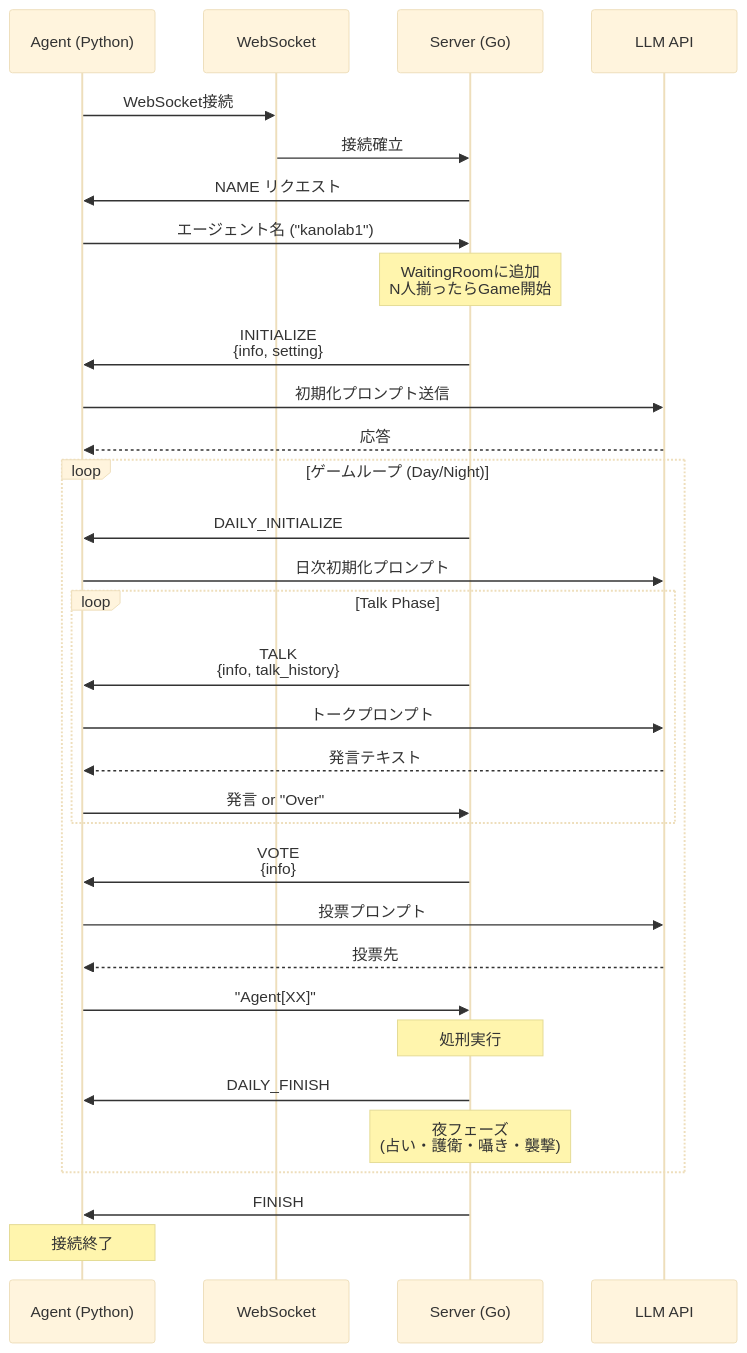
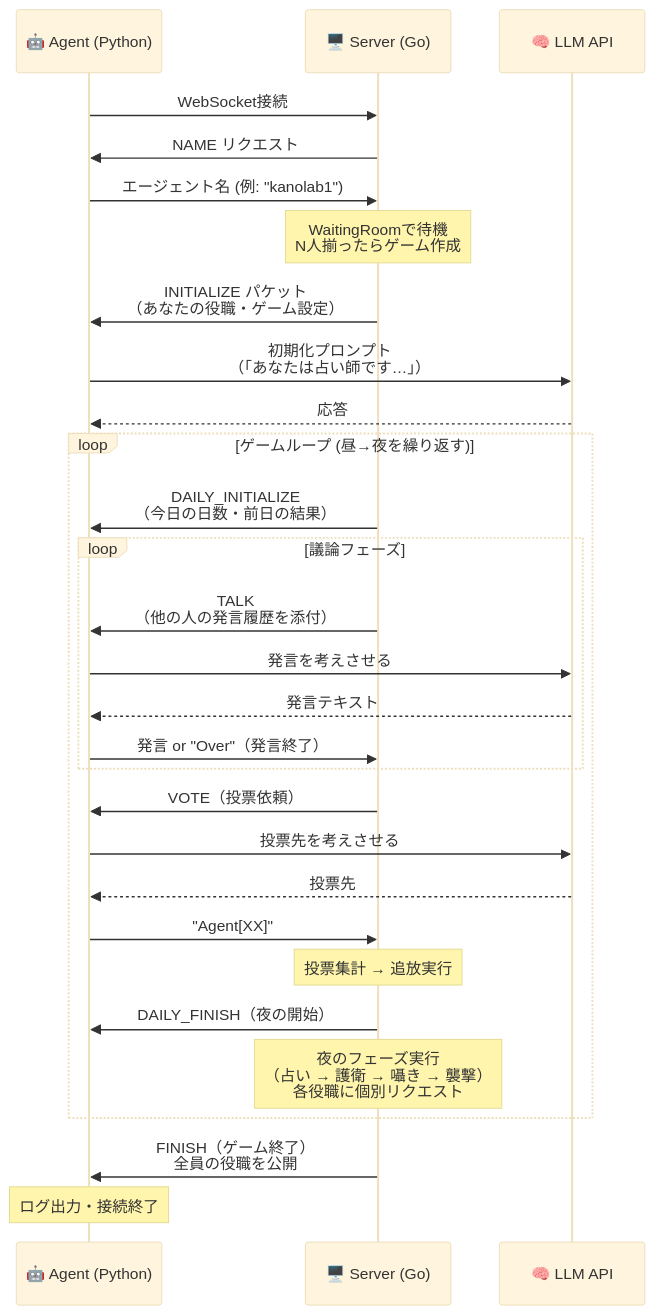
One commit to iggy157/aiwolf-nlp-systems changed the third of 4 diagrams in docs/architecture/system-overview.md. Above: the diagram before and after it, drawn with Mermaid (base theme). The commit also changed other lines of this file and 2 other files, not shown here.

Commit message:
fix: フロー図修正

````diff
--- a/docs/architecture/system-overview.md
+++ b/docs/architecture/system-overview.md
@@ -83,45 +130,41 @@
 ```mermaid
 sequenceDiagram
-    participant Agent as Agent (Python)
-    participant WS as WebSocket
-    participant Server as Server (Go)
-    participant LLM as LLM API
+    participant Agent as 🤖 Agent (Python)
+    participant Server as 🖥️ Server (Go)
+    participant LLM as 🧠 LLM API
 
-    Agent->>WS: WebSocket接続
-    WS->>Server: 接続確立
+    Agent->>Server: WebSocket接続
+    Server->>Agent: NAME リクエスト
+    Agent->>Server: エージェント名 (例: "kanolab1")
 
-    Server->>Agent: NAME リクエスト
-    Agent->>Server: エージェント名 ("kanolab1")
+    Note over Server: WaitingRoomで待機<br/>N人揃ったらゲーム作成
 
-    Note over Server: WaitingRoomに追加<br/>N人揃ったらGame開始
-
-    Server->>Agent: INITIALIZE<br/>{info, setting}
-    Agent->>LLM: 初期化プロンプト送信
+    Server->>Agent: INITIALIZE パケット<br/>（あなたの役職・ゲーム設定）
+    Agent->>LLM: 初期化プロンプト<br/>（「あなたは占い師です…」）
     LLM-->>Agent: 応答
 
-    loop ゲームループ (Day/Night)
-        Server->>Agent: DAILY_INITIALIZE
-        Agent->>LLM: 日次初期化プロンプト
+    loop ゲームループ (昼→夜を繰り返す)
+        Server->>Agent: DAILY_INITIALIZE<br/>（今日の日数・前日の結果）
 
-        loop Talk Phase
-            Server->>Agent: TALK<br/>{info, talk_history}
-            Agent->>LLM: トークプロンプト
+        loop 議論フェーズ
+            Server->>Agent: TALK<br/>（他の人の発言履歴を添付）
+            Agent->>LLM: 発言を考えさせる
             LLM-->>Agent: 発言テキスト
-            Agent->>Server: 発言 or "Over"
+            Agent->>Server: 発言 or "Over"（発言終了）
         end
 
-        Server->>Agent: VOTE<br/>{info}
-        Agent->>LLM: 投票プロンプト
+        Server->>Agent: VOTE（投票依頼）
+        Agent->>LLM: 投票先を考えさせる
         LLM-->>Agent: 投票先
         Agent->>Server: "Agent[XX]"
 
-        Note over Server: 処刑実行
+        Note over Server: 投票集計 → 追放実行
 
-        Server->>Agent: DAILY_FINISH
+        Server->>Agent: DAILY_FINISH（夜の開始）
 
-        Note over Server: 夜フェーズ<br/>(占い・護衛・囁き・襲撃)
+        Note over Server: 夜のフェーズ実行<br/>（占い → 護衛 → 囁き → 襲撃）<br/>各役職に個別リクエスト
     end
 
-    Server->>Agent: FINISH
-    Note over Agent: 接続終了
+    Server->>Agent: FINISH（ゲーム終了）<br/>全員の役職を公開
+    Note over Agent: ログ出力・接続終了
 ```
````
